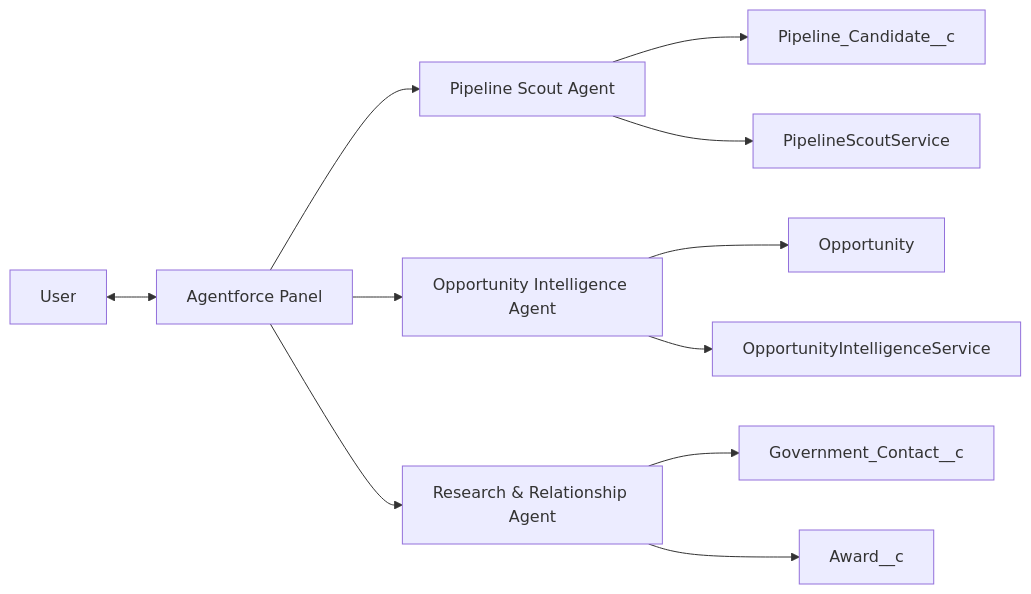
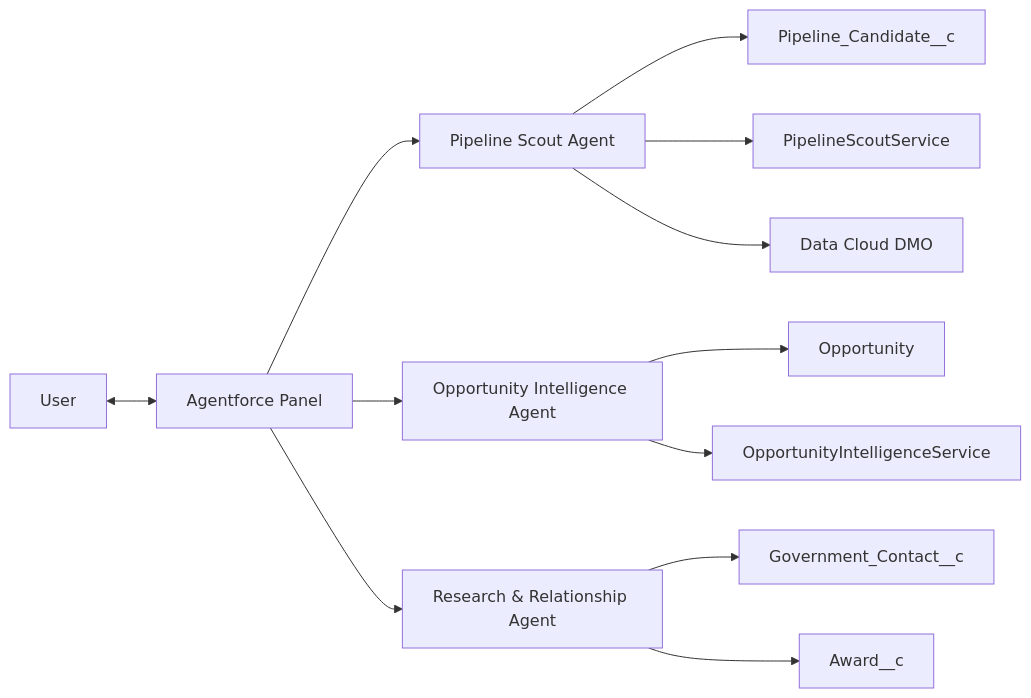
The seventh of 8 diagrams in docs/diagrams.md (Hectorcaban-sudo/Nexsus-GovSearch), drawn with Mermaid before and after one commit. The commit also changed other lines of this file and 1 other file, not shown here.

Commit message:
Add Data Cloud Ingestion API guidance, SAM.gov mappings, and updated diagrams

````diff
--- a/docs/diagrams.md
+++ b/docs/diagrams.md
@@ -162,20 +213,21 @@
 ```mermaid
 flowchart LR
     User[User]
     Panel[Agentforce Panel]
     Scout[Pipeline Scout Agent]
     Intel[Opportunity Intelligence Agent]
     Research[Research & Relationship Agent]
 
     User <--> Panel
     Panel --> Scout
     Panel --> Intel
     Panel --> Research
 
     Scout --> PC[Pipeline_Candidate__c]
     Scout --> ScoreSvc[PipelineScoutService]
+    Scout --> DMO[Data Cloud DMO]
     Intel --> Opp[Opportunity]
     Intel --> BriefSvc[OpportunityIntelligenceService]
     Research --> Contact[Government_Contact__c]
     Research --> Award[Award__c]
 ```
````
